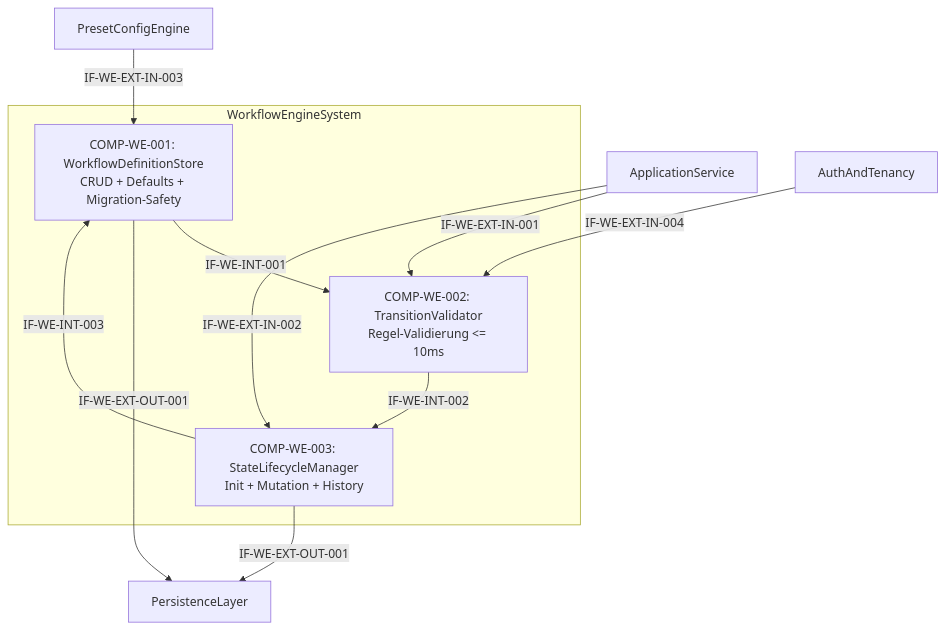
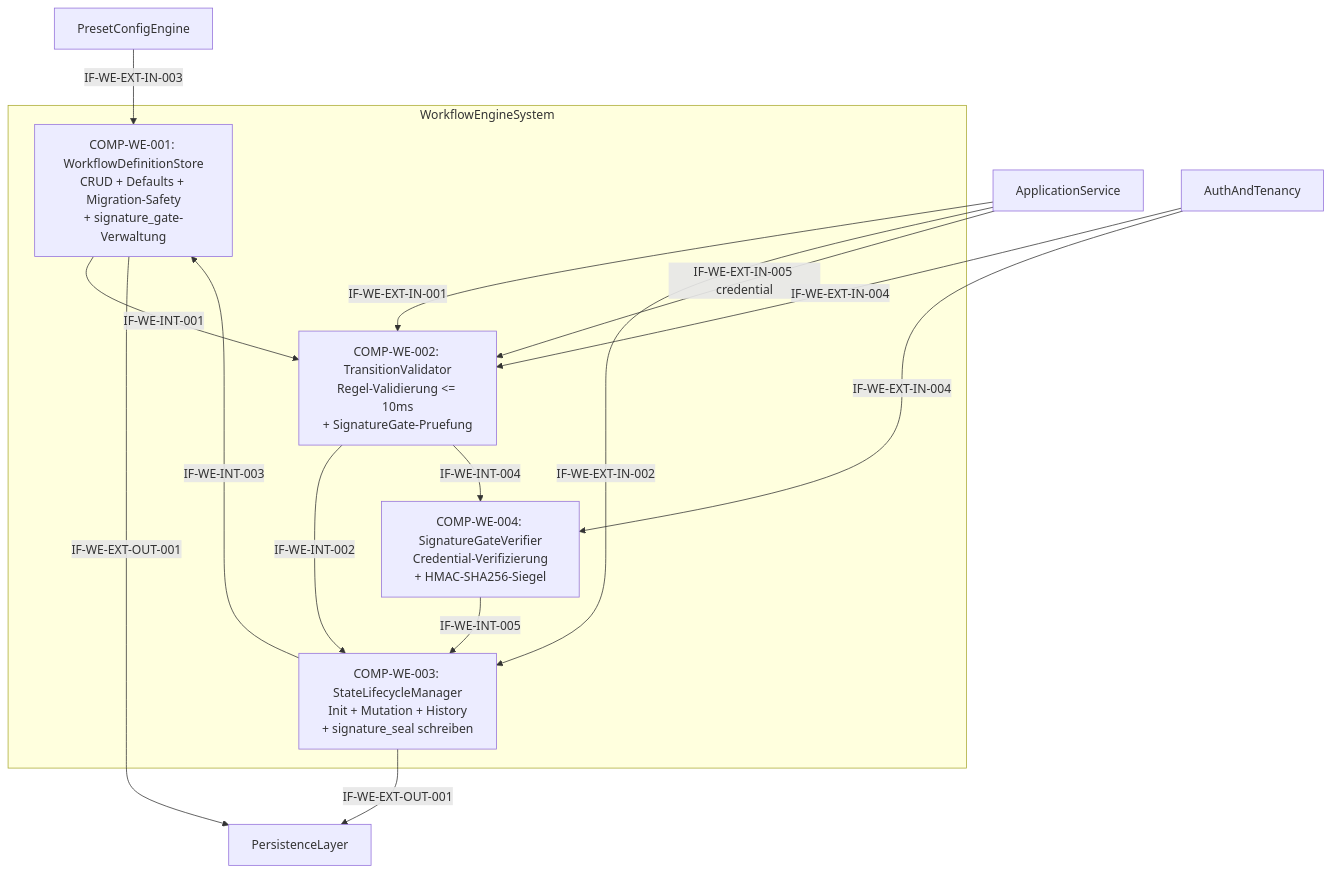
Before and after one commit to Popoboxxo/ReqogniLoom: the diagram in docs/se/L1/Gesamtsystem/L2/WorkflowEngineSystem/L2_WorkflowEngineSystem_Architecture.md, drawn with Mermaid. The commit also changed other lines of this file and 1 other file, not shown here.

Commit message:
feat(REQ-L2-WE-009): add SignatureGate for qualified electronic signatures in WorkflowEngine

````diff
--- a/docs/se/L1/Gesamtsystem/L2/WorkflowEngineSystem/L2_WorkflowEngineSystem_Architecture.md
+++ b/docs/se/L1/Gesamtsystem/L2/WorkflowEngineSystem/L2_WorkflowEngineSystem_Architecture.md
@@ -51,20 +55,25 @@
 ```mermaid
 flowchart TD
     subgraph WorkflowEngineSystem
-        C001["COMP-WE-001: WorkflowDefinitionStore<br/>CRUD + Defaults + Migration-Safety"]
-        C002["COMP-WE-002: TransitionValidator<br/>Regel-Validierung <= 10ms"]
-        C003["COMP-WE-003: StateLifecycleManager<br/>Init + Mutation + History"]
+        C001["COMP-WE-001: WorkflowDefinitionStore<br/>CRUD + Defaults + Migration-Safety<br/>+ signature_gate-Verwaltung"]
+        C002["COMP-WE-002: TransitionValidator<br/>Regel-Validierung <= 10ms<br/>+ SignatureGate-Pruefung"]
+        C003["COMP-WE-003: StateLifecycleManager<br/>Init + Mutation + History<br/>+ signature_seal schreiben"]
+        C004["COMP-WE-004: SignatureGateVerifier<br/>Credential-Verifizierung<br/>+ HMAC-SHA256-Siegel"]
     end
 
     ext_in1["ApplicationService"] -->|IF-WE-EXT-IN-001| C002
     ext_in1 -->|IF-WE-EXT-IN-002| C003
+    ext_in1 -->|IF-WE-EXT-IN-005 credential| C002
     ext_in2["PresetConfigEngine"] -->|IF-WE-EXT-IN-003| C001
     ext_in3["AuthAndTenancy"] -->|IF-WE-EXT-IN-004| C002
+    ext_in3 -->|IF-WE-EXT-IN-004| C004
 
     C001 -->|IF-WE-INT-001| C002
     C002 -->|IF-WE-INT-002| C003
     C003 -->|IF-WE-INT-003| C001
+    C002 -->|IF-WE-INT-004| C004
+    C004 -->|IF-WE-INT-005| C003
 
     C001 -->|IF-WE-EXT-OUT-001| ext_db["PersistenceLayer"]
     C003 -->|IF-WE-EXT-OUT-001| ext_db
 ```
````
